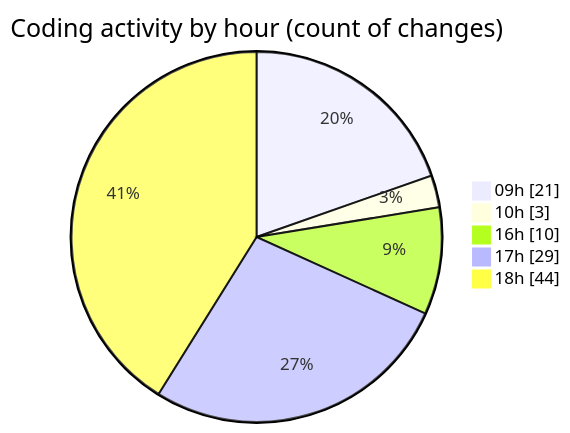
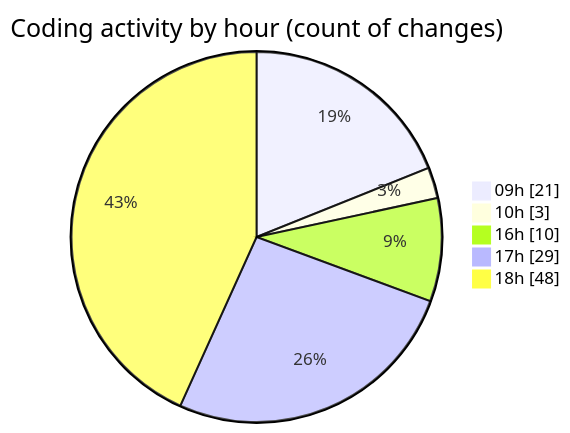
One commit to momahboobian/code-tracking changed the second of 2 diagrams in 2025-12-17/cda/README.md. Above: the diagram before and after it, drawn with Mermaid. The commit also changed other lines of this file and 1 other file, not shown here.

````diff
--- a/2025-12-17/cda/README.md
+++ b/2025-12-17/cda/README.md
@@ -61,9 +63,9 @@
 ```mermaid
 pie showData
 title Coding activity by hour (count of changes)
 "09h" : 21
 "10h" : 3
 "16h" : 10
 "17h" : 29
-"18h" : 44
+"18h" : 48
 ```
````
